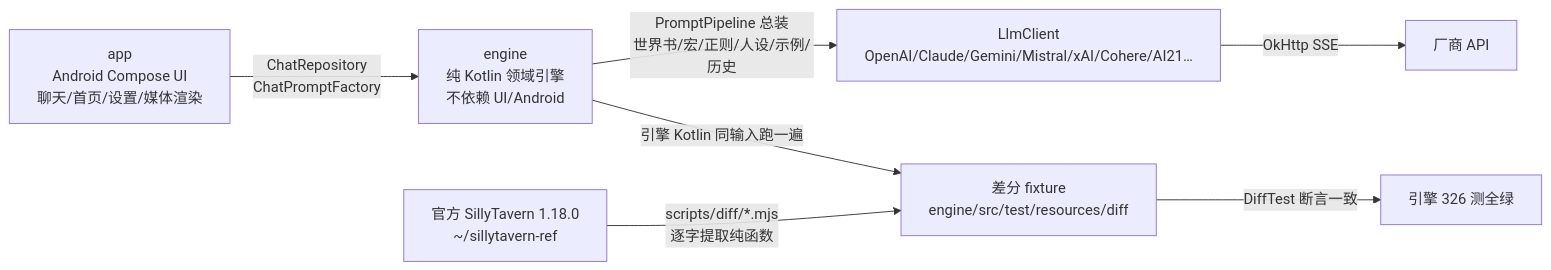
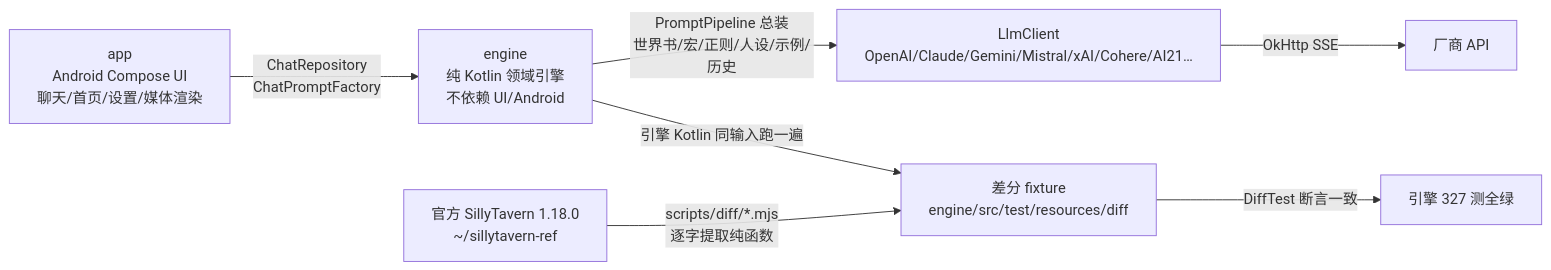
One commit to heikeyangle-code/ember-inn changed the diagram in docs/HANDOFF.md. Above: the diagram before and after it, drawn with Mermaid. The commit also changed other lines of this file and 6 other files, not shown here.

````diff
--- a/docs/HANDOFF.md
+++ b/docs/HANDOFF.md
@@ -7,9 +7,9 @@
 ```mermaid
 flowchart LR
  A[app<br/>Android Compose UI<br/>聊天/首页/设置/媒体渲染] -->|ChatRepository<br/>ChatPromptFactory| B[engine<br/>纯 Kotlin 领域引擎<br/>不依赖 UI/Android]
  B -->|PromptPipeline 总装<br/>世界书/宏/正则/人设/示例/历史| C[LlmClient<br/>OpenAI/Claude/Gemini/Mistral/xAI/Cohere/AI21…]
  C -->|OkHttp SSE| D[厂商 API]
  E[官方 SillyTavern 1.18.0<br/>~/sillytavern-ref] -->|scripts/diff/*.mjs<br/>逐字提取纯函数| F[差分 fixture<br/>engine/src/test/resources/diff]
  B -->|引擎 Kotlin 同输入跑一遍| F
- F -->|DiffTest 断言一致| G[引擎 326 测全绿]
+ F -->|DiffTest 断言一致| G[引擎 327 测全绿]
 ```
````
